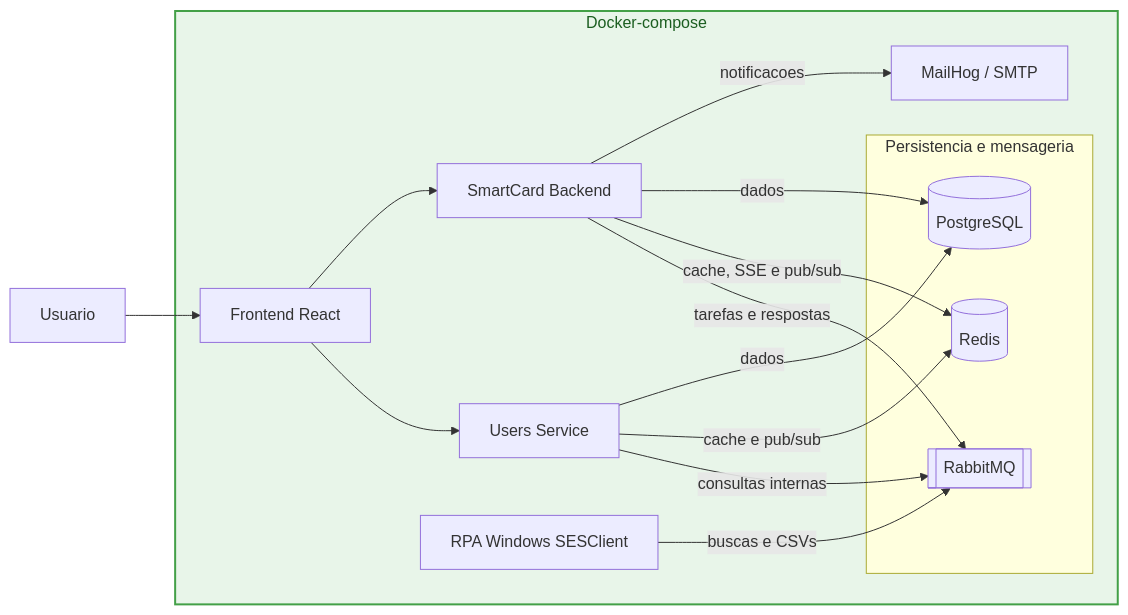
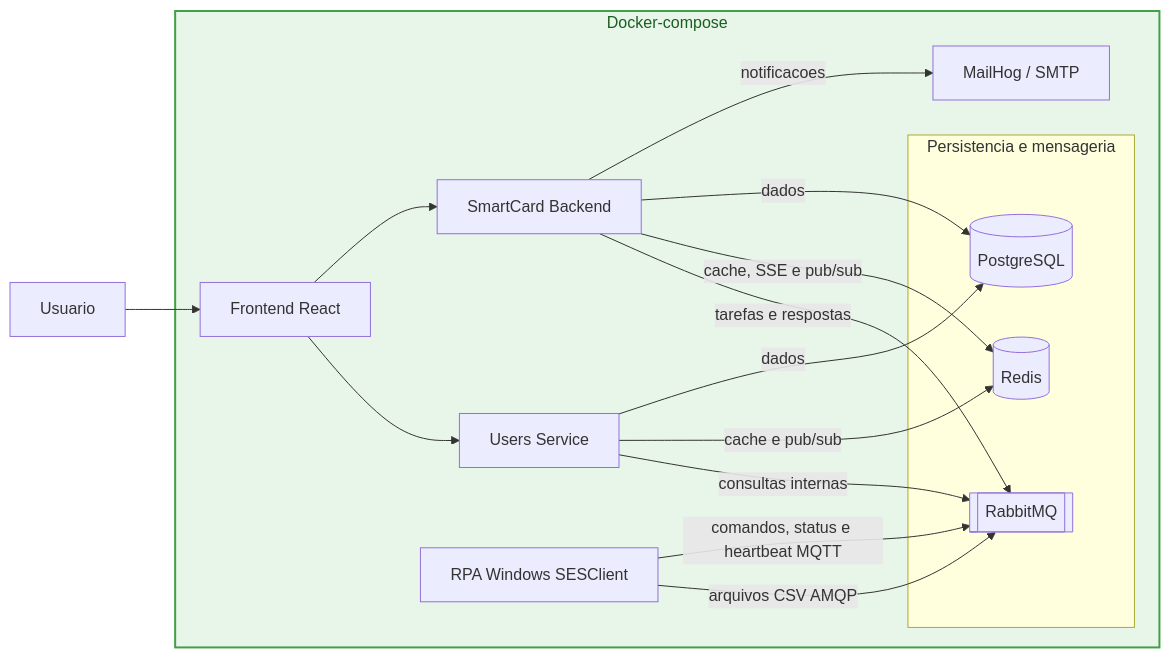
The diagram in README.md (AnaScassa/Projeto-LabAcess), drawn with Mermaid before and after one commit. The commit also changed other lines of this file and 13 other files, not shown here.

Commit message:
comunicação mqtt rpa -> smartcard

````diff
--- a/README.md
+++ b/README.md
@@ -7,27 +7,28 @@
 ```mermaid
 flowchart LR
 	U[Usuario] --> F[Frontend React]
 
 	subgraph Docker[Docker-compose]
 		F --> S[SmartCard Backend]
 		F --> US[Users Service]
 
 		subgraph Persistencia[Persistencia e mensageria]
 			DB[(PostgreSQL)]
 			R[(Redis)]
 			Q[[RabbitMQ]]
 		end
 
 		S -->|notificacoes| M[MailHog / SMTP]
 		S -->|dados| DB
 		US -->|dados| DB
 		S -->|cache, SSE e pub/sub| R
 		US -->|cache e pub/sub| R
 		S -->|tarefas e respostas| Q
 		US -->|consultas internas| Q
-		RPA[RPA Windows SESClient] -->|buscas e CSVs| Q
+		RPA[RPA Windows SESClient] -->|comandos, status e heartbeat MQTT| Q
+		RPA -->|arquivos CSV AMQP| Q
 	end
 
 	classDef docker fill:#e8f5e9,stroke:#43a047,stroke-width:2px,color:#1b5e20
 	class Docker docker
 ```
````
